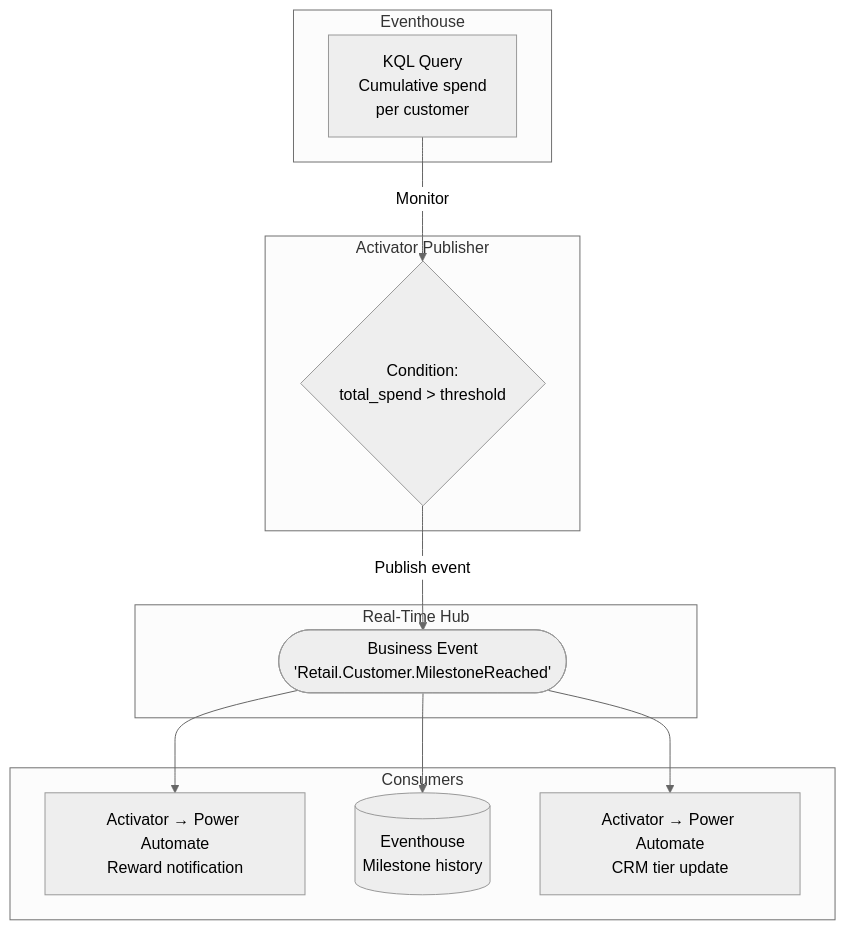
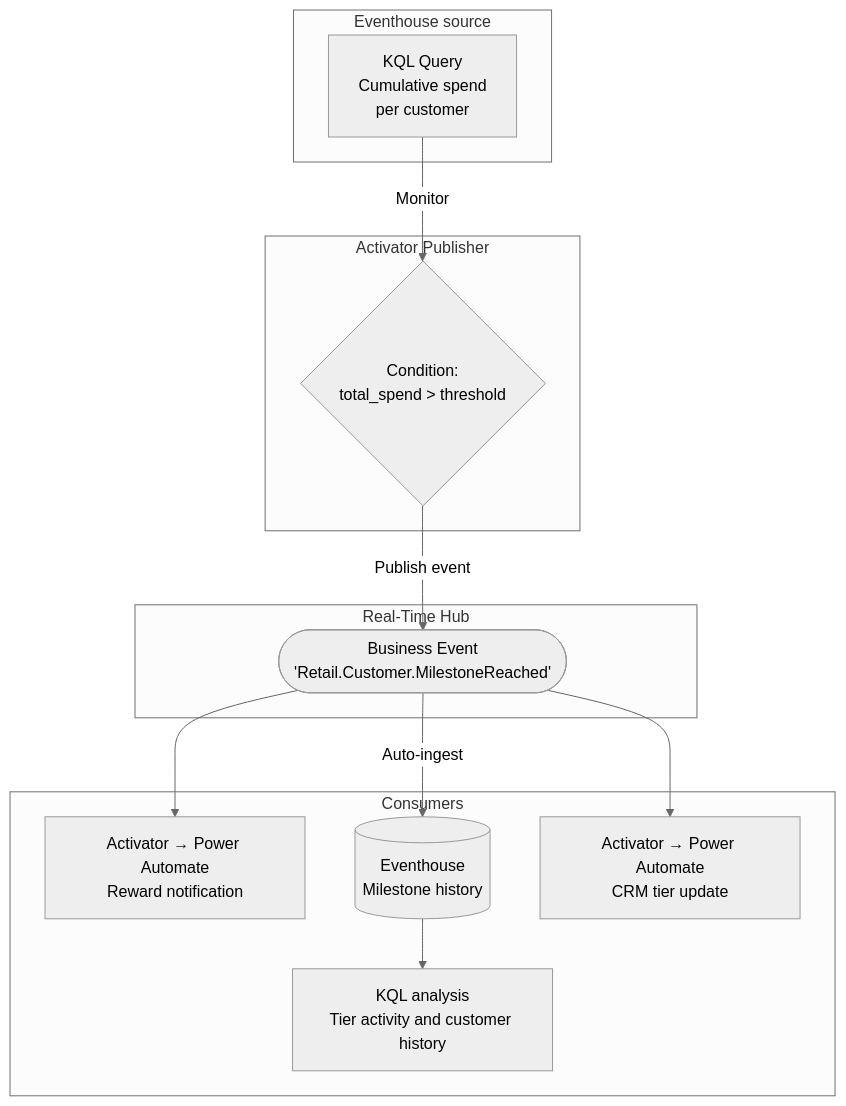
One commit to microsoft/fabric-events changed the diagram in docs/business-events/scenarios/customer-loyalty-milestone.md. Above: the diagram before and after it, drawn with Mermaid (neutral theme). The commit also changed other lines of this file and 15 other files, not shown here.

````diff
--- a/docs/business-events/scenarios/customer-loyalty-milestone.md
+++ b/docs/business-events/scenarios/customer-loyalty-milestone.md
@@ -19,26 +19,28 @@
 ```mermaid
 flowchart TB
-    subgraph Eventhouse
+    subgraph Eventhouse source
         KQL[KQL Query\nCumulative spend\nper customer]
     end
 
     subgraph Activator Publisher
         RULE1{Condition:\ntotal_spend > threshold}
     end
 
     subgraph Real-Time Hub
         BE([Business Event\n'Retail.Customer.MilestoneReached'])
     end
 
     subgraph Consumers
         PA[Activator → Power Automate\nReward notification]
         EH[(Eventhouse\nMilestone history)]
+        ANALYTICS[KQL analysis\nTier activity and customer history]
         CRM[Activator → Power Automate\nCRM tier update]
     end
 
     KQL -->|Monitor| RULE1
     RULE1 -->|Publish event| BE
     BE --> PA
-    BE --> EH
+    BE -->|Auto-ingest| EH
     BE --> CRM
+    EH --> ANALYTICS
 ```
````
